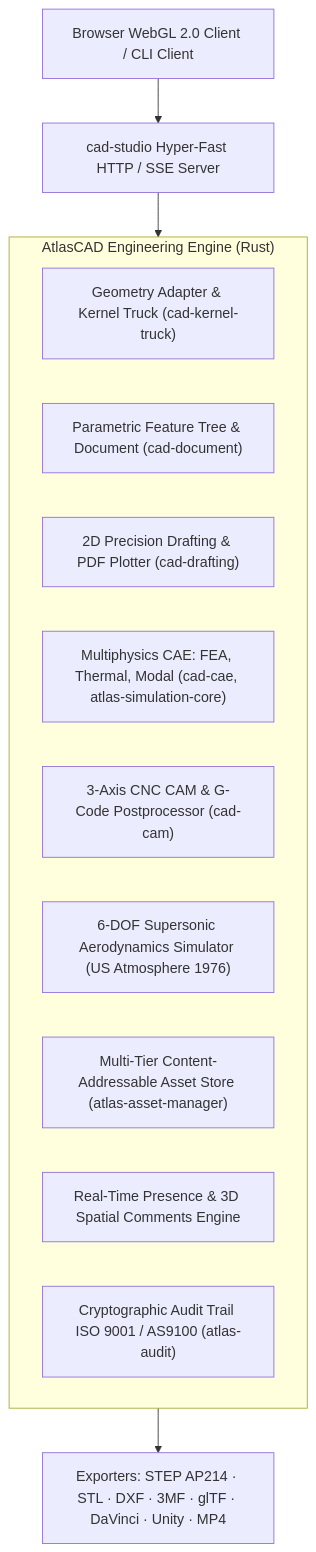
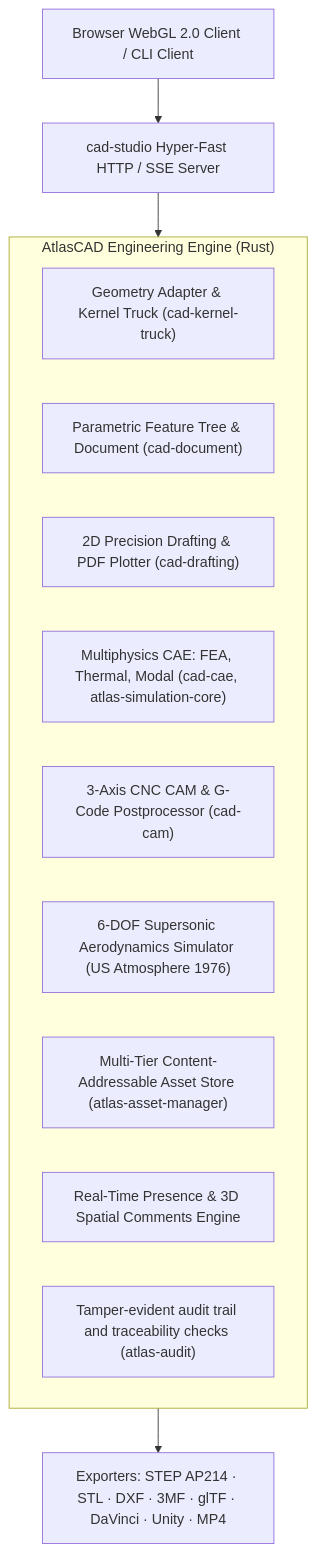
Before and after one commit to Sanjay-Program/atlascad: the diagram in README.md, drawn with Mermaid. The commit also changed other lines of this file, not shown here.

First line of the commit message:
docs: align the README with the traceability-only audit scope

````diff
--- a/README.md
+++ b/README.md
@@ -36,19 +36,19 @@
 ```mermaid
 flowchart TD
     Client["Browser WebGL 2.0 Client / CLI Client"] --> Router["cad-studio Hyper-Fast HTTP / SSE Server"]
     
     subgraph CoreEngine ["AtlasCAD Engineering Engine (Rust)"]
         Kernel["Geometry Adapter & Kernel Truck (cad-kernel-truck)"]
         DocTree["Parametric Feature Tree & Document (cad-document)"]
         Drafting["2D Precision Drafting & PDF Plotter (cad-drafting)"]
         CAE["Multiphysics CAE: FEA, Thermal, Modal (cad-cae, atlas-simulation-core)"]
         CAM["3-Axis CNC CAM & G-Code Postprocessor (cad-cam)"]
         AeroSim["6-DOF Supersonic Aerodynamics Simulator (US Atmosphere 1976)"]
         AssetMgr["Multi-Tier Content-Addressable Asset Store (atlas-asset-manager)"]
         Collab["Real-Time Presence & 3D Spatial Comments Engine"]
-        Audit["Cryptographic Audit Trail ISO 9001 / AS9100 (atlas-audit)"]
+        Audit["Tamper-evident audit trail and traceability checks (atlas-audit)"]
     end
     
     Router --> CoreEngine
     CoreEngine --> Exporters["Exporters: STEP AP214 · STL · DXF · 3MF · glTF · DaVinci · Unity · MP4"]
 ```
````
